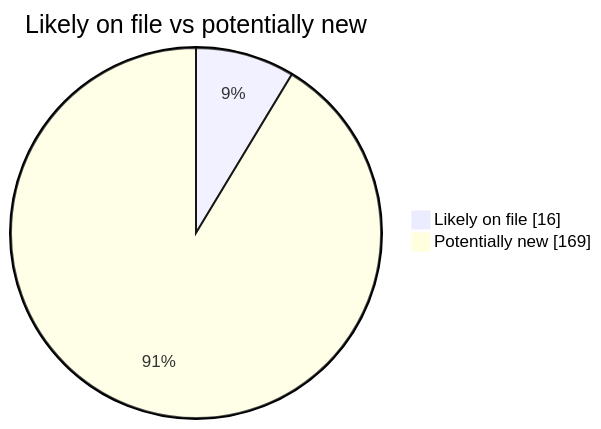
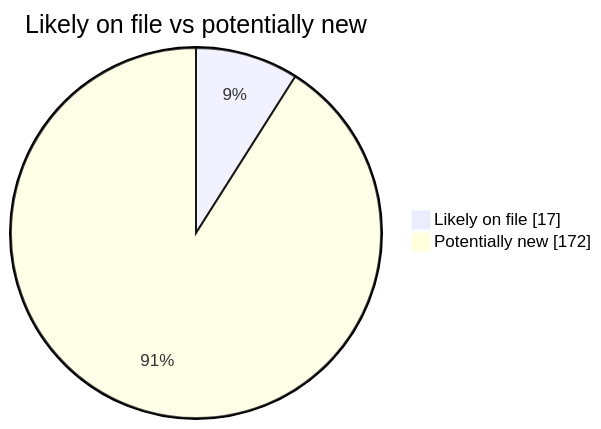
The second of 4 diagrams in README.md (martinbalfanz/social-scanner-reports), drawn with Mermaid before and after one commit. The commit also changed other lines of this file and 3 other files, not shown here.

````diff
--- a/README.md
+++ b/README.md
@@ -40,5 +40,5 @@
 ```mermaid
 pie showData title Likely on file vs potentially new
-    "Likely on file" : 16
-    "Potentially new" : 169
+    "Likely on file" : 17
+    "Potentially new" : 172
 ```
````
